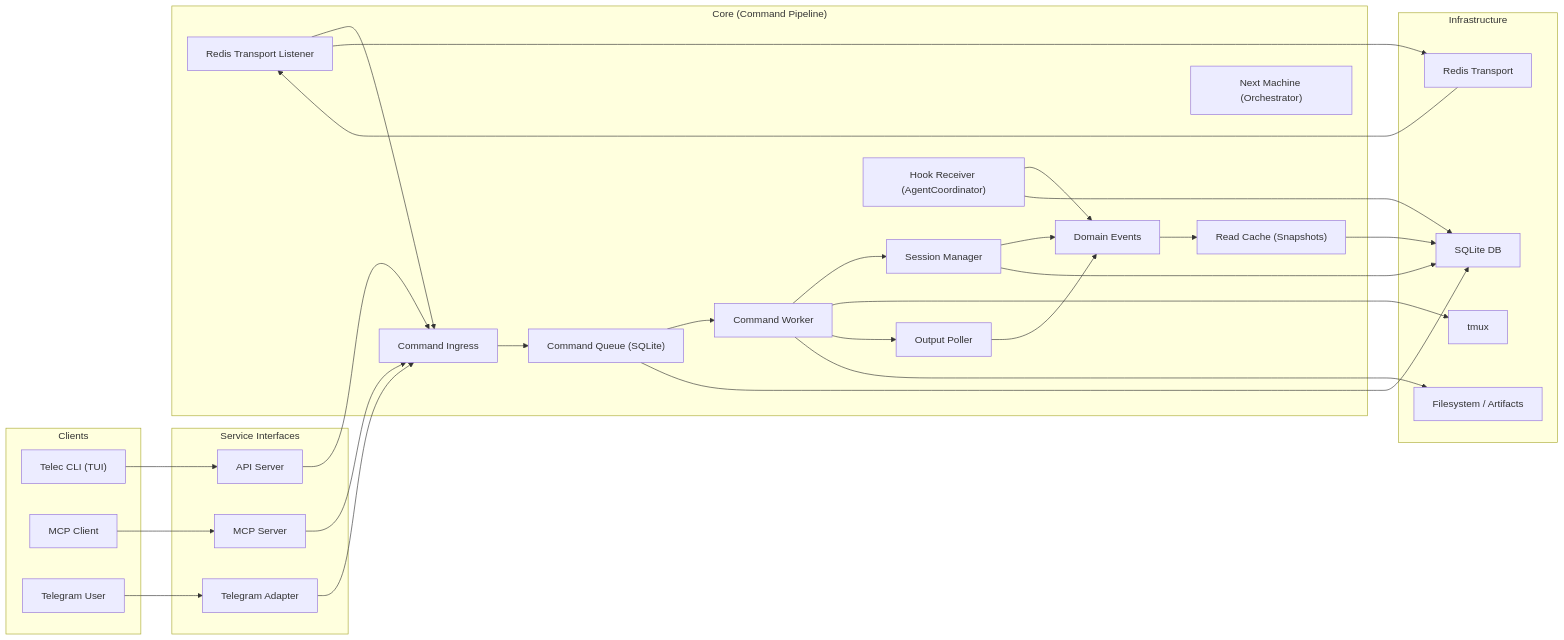
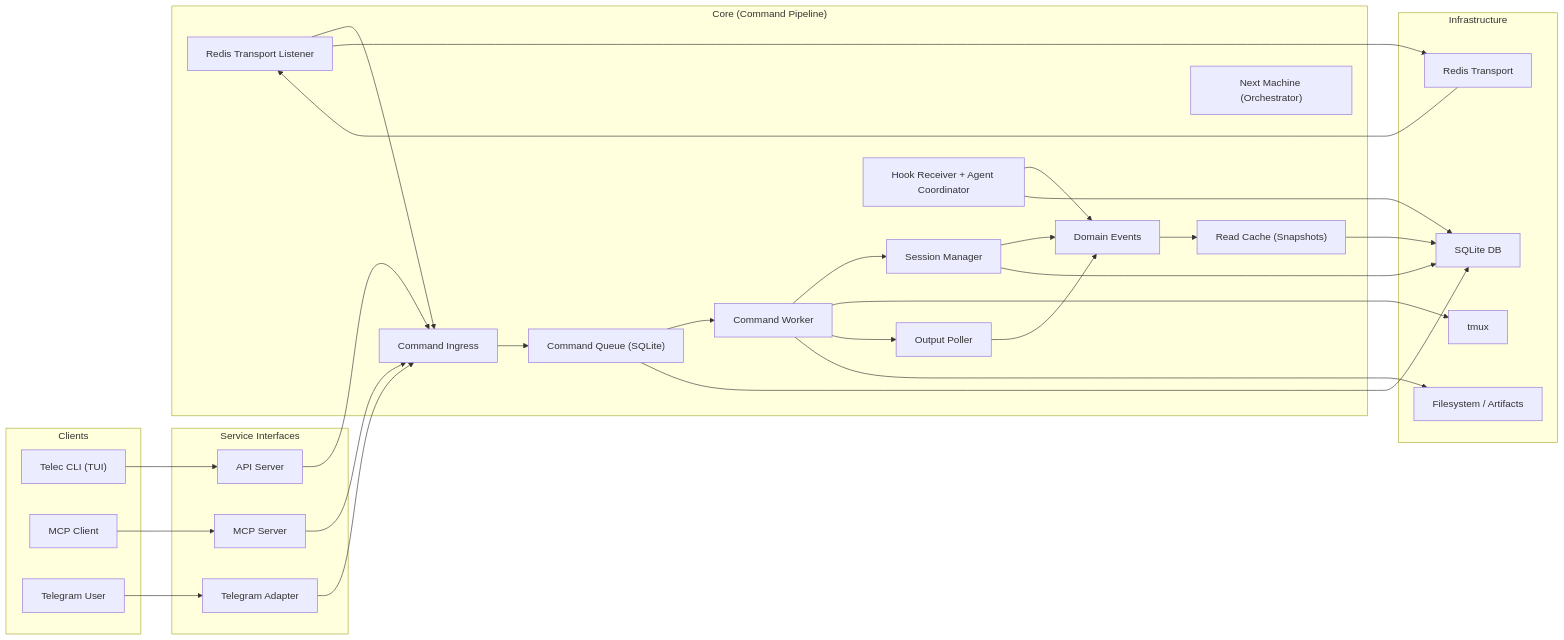
Before and after one commit to InstruktAI/TeleClaude: the first of 5 diagrams in docs/project/design/architecture/system-overview.md, drawn with Mermaid. The commit also changed 5 other files, not shown here.

Commit message:
docs: realign mcp and hook architecture with runtime behavior

````diff
--- a/docs/project/design/architecture/system-overview.md
+++ b/docs/project/design/architecture/system-overview.md
@@ -14,64 +14,64 @@
 ```mermaid
 flowchart LR
     subgraph Clients
         TelecCLI["Telec CLI (TUI)"]
         MCPClient["MCP Client"]
         TGUser["Telegram User"]
     end
 
     subgraph ServiceInterfaces["Service Interfaces"]
         RESTServer["API Server"]
         MCPServer["MCP Server"]
         TGAdapter["Telegram Adapter"]
     end
 
     subgraph Core["Core (Command Pipeline)"]
         Ingress["Command Ingress"]
         Queue["Command Queue (SQLite)"]
         Worker["Command Worker"]
         Sessions["Session Manager"]
         Poller["Output Poller"]
-        Hooks["Hook Receiver (AgentCoordinator)"]
+        Hooks["Hook Receiver + Agent Coordinator"]
         Events["Domain Events"]
         Cache["Read Cache (Snapshots)"]
         RedisIngress["Redis Transport Listener"]
         NextMachine["Next Machine (Orchestrator)"]
     end
 
     subgraph Infrastructure
         SQLite["SQLite DB"]
         Redis["Redis Transport"]
         TMUX["tmux"]
         FS["Filesystem / Artifacts"]
     end
 
     TelecCLI --> RESTServer
     MCPClient --> MCPServer
     TGUser --> TGAdapter
 
     RESTServer --> Ingress
     MCPServer --> Ingress
     TGAdapter --> Ingress
     RedisIngress --> Ingress
 
     Ingress --> Queue
     Queue --> Worker
 
     Worker --> Sessions
     Worker --> TMUX
     Worker --> Poller
     Worker --> FS
 
     Poller --> Events
     Hooks --> Events
     Sessions --> Events
     Events --> Cache
 
     Sessions --> SQLite
     Queue --> SQLite
     Hooks --> SQLite
     Cache --> SQLite
 
     RedisIngress --> Redis
     Redis --> RedisIngress
 ```
````
